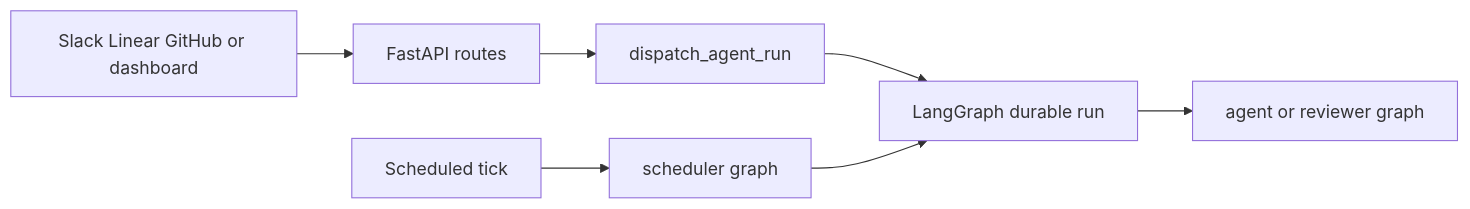
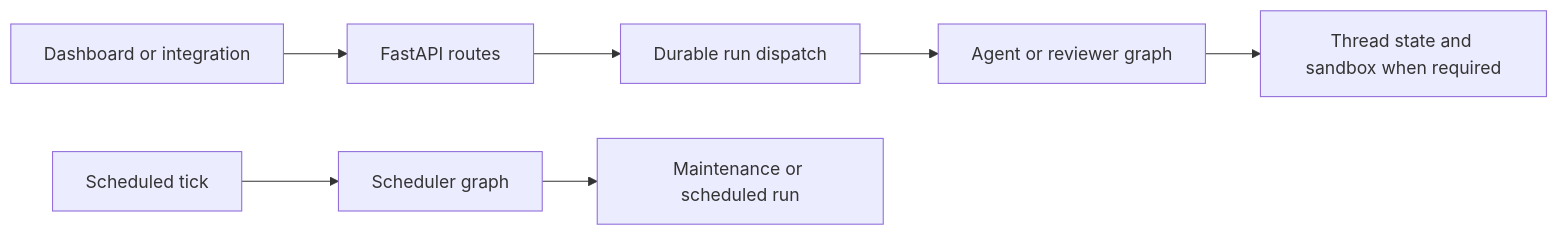
Before and after one commit to langchain-ai/open-swe: the diagram in openwiki/quickstart.md, drawn with Mermaid. The commit also changed other lines of this file and 52 other files, not shown here.

````diff
--- a/openwiki/quickstart.md
+++ b/openwiki/quickstart.md
@@ -68,9 +92,9 @@
 ```mermaid
 flowchart LR
-    Trigger["Slack Linear GitHub or dashboard"] --> HTTP["FastAPI routes"]
-    HTTP --> Dispatch["dispatch_agent_run"]
-    Dispatch --> Runtime["LangGraph durable run"]
-    Runtime --> Agent["agent or reviewer graph"]
-    Cron["Scheduled tick"] --> Scheduler["scheduler graph"]
-    Scheduler --> Runtime
+  Surface["Dashboard or integration"] --> API["FastAPI routes"]
+  API --> Dispatch["Durable run dispatch"]
+  Dispatch --> Graph["Agent or reviewer graph"]
+  Tick["Scheduled tick"] --> Scheduler["Scheduler graph"]
+  Scheduler --> Work["Maintenance or scheduled run"]
+  Graph --> State["Thread state and sandbox when required"]
 ```
````
